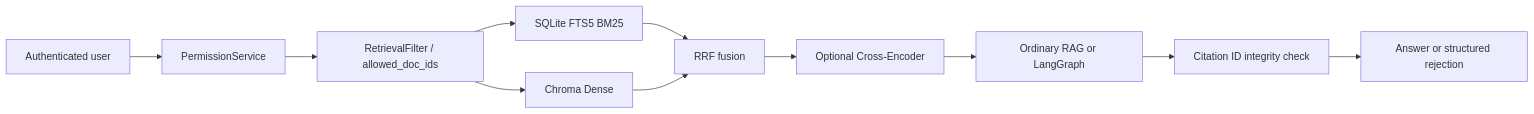
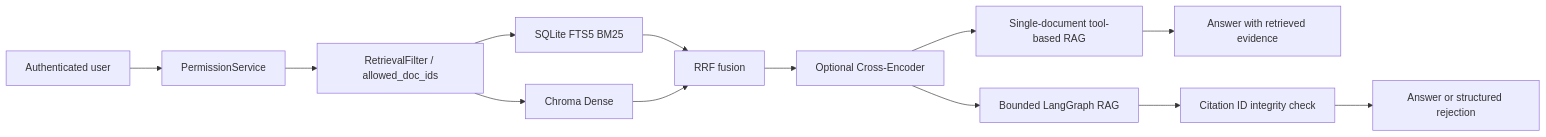
Before and after one commit to starrysky123321/enterprise-support-agent: the diagram in docs/architecture.md, drawn with Mermaid. The commit also changed other lines of this file and 9 other files, not shown here.

Commit message:
docs: add 63-case evaluation baseline, architecture diagram and cleanup

````diff
--- a/docs/architecture.md
+++ b/docs/architecture.md
@@ -5,13 +5,15 @@
 ```mermaid
 flowchart LR
   U[Authenticated user] --> P[PermissionService]
   P --> F[RetrievalFilter / allowed_doc_ids]
   F --> B[SQLite FTS5 BM25]
   F --> D[Chroma Dense]
   B --> R[RRF fusion]
   D --> R
   R --> X[Optional Cross-Encoder]
-  X --> G[Ordinary RAG or LangGraph]
+  X --> O[Single-document tool-based RAG]
+  O --> S[Answer with retrieved evidence]
+  X --> G[Bounded LangGraph RAG]
   G --> V[Citation ID integrity check]
   V --> A[Answer or structured rejection]
 ```
````
